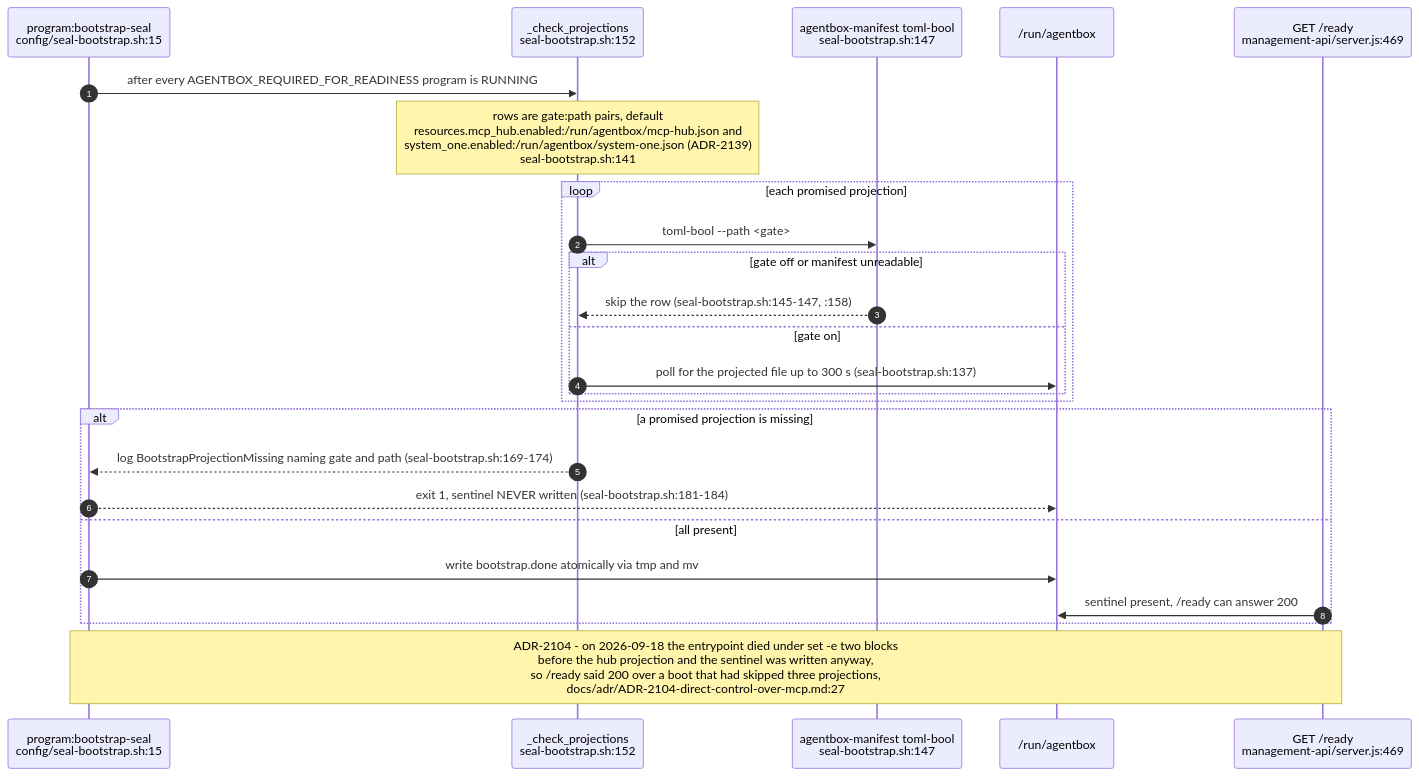
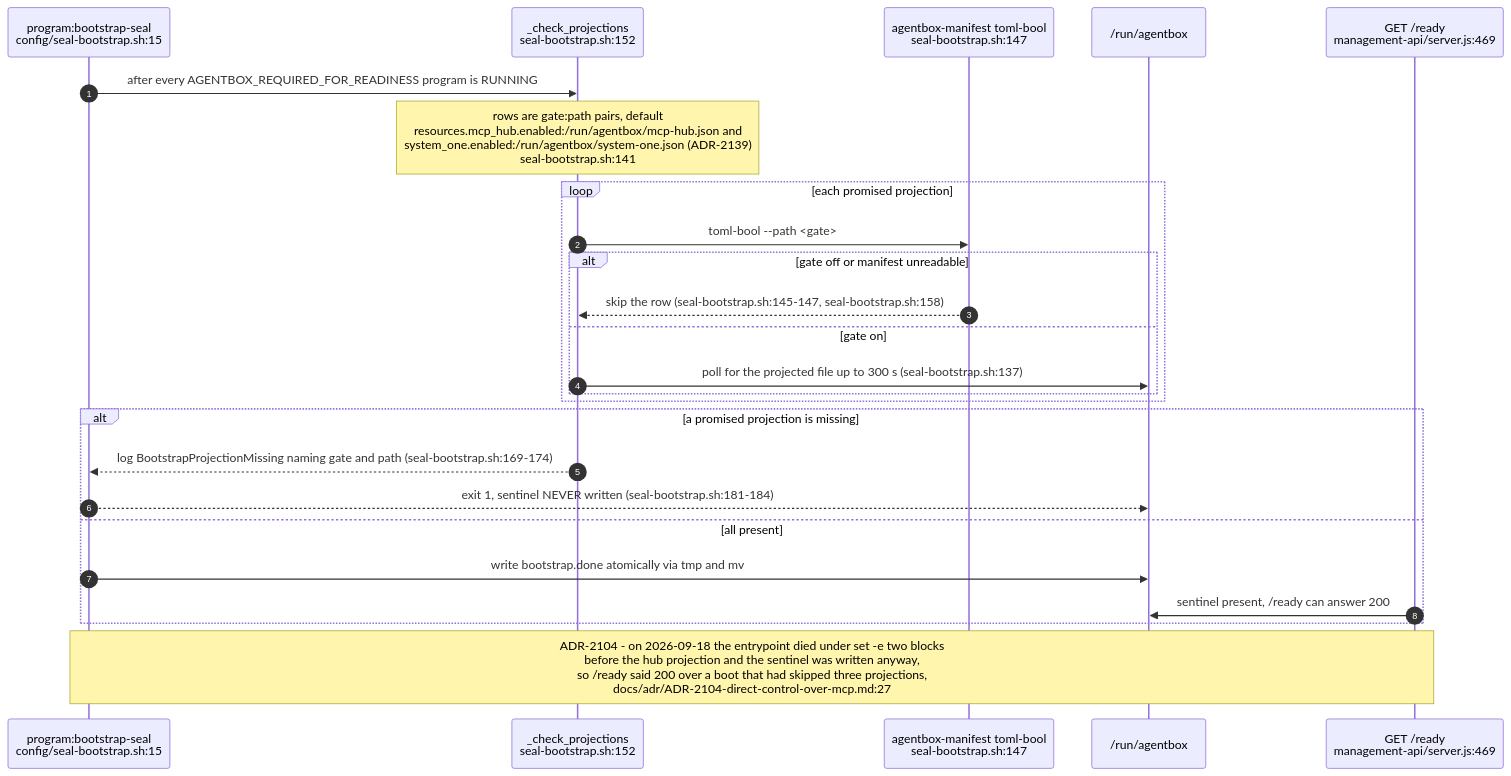
Diagram 19 of 21 in docs/diagrams/agentbox/02-boot-sequence-and-readiness.md (DreamLab-AI/VisionFlow), drawn with Mermaid before and after one commit. The commit also changed other lines of this file and 6 other files, not shown here.

First line of the commit message:
docs: align native session and ingress diagrams (#39)

````diff
--- a/docs/diagrams/agentbox/02-boot-sequence-and-readiness.md
+++ b/docs/diagrams/agentbox/02-boot-sequence-and-readiness.md
@@ -756,28 +761,28 @@
 ```mermaid
 sequenceDiagram
     autonumber
     participant SEAL as program:bootstrap-seal<br/>config/seal-bootstrap.sh:15
     participant CP as _check_projections<br/>seal-bootstrap.sh:152
     participant AM as agentbox-manifest toml-bool<br/>seal-bootstrap.sh:147
     participant FS as /run/agentbox
     participant RDY as GET /ready<br/>management-api/server.js:469
 
     SEAL->>CP: after every AGENTBOX_REQUIRED_FOR_READINESS program is RUNNING
     Note over CP: rows are gate:path pairs, default<br/>resources.mcp_hub.enabled:/run/agentbox/mcp-hub.json and<br/>system_one.enabled:/run/agentbox/system-one.json (ADR-2139)<br/>seal-bootstrap.sh:141
     loop each promised projection
         CP->>AM: toml-bool --path <gate>
         alt gate off or manifest unreadable
-            AM-->>CP: skip the row (seal-bootstrap.sh:145-147, :158)
+            AM-->>CP: skip the row (seal-bootstrap.sh:145-147, seal-bootstrap.sh:158)
         else gate on
             CP->>FS: poll for the projected file up to 300 s (seal-bootstrap.sh:137)
         end
     end
     alt a promised projection is missing
         CP-->>SEAL: log BootstrapProjectionMissing naming gate and path (seal-bootstrap.sh:169-174)
         SEAL-->>FS: exit 1, sentinel NEVER written (seal-bootstrap.sh:181-184)
     else all present
         SEAL->>FS: write bootstrap.done atomically via tmp and mv
         RDY->>FS: sentinel present, /ready can answer 200
     end
     Note over SEAL,RDY: ADR-2104 - on 2026-09-18 the entrypoint died under set -e two blocks<br/>before the hub projection and the sentinel was written anyway,<br/>so /ready said 200 over a boot that had skipped three projections,<br/>docs/adr/ADR-2104-direct-control-over-mcp.md:27
 ```
````
